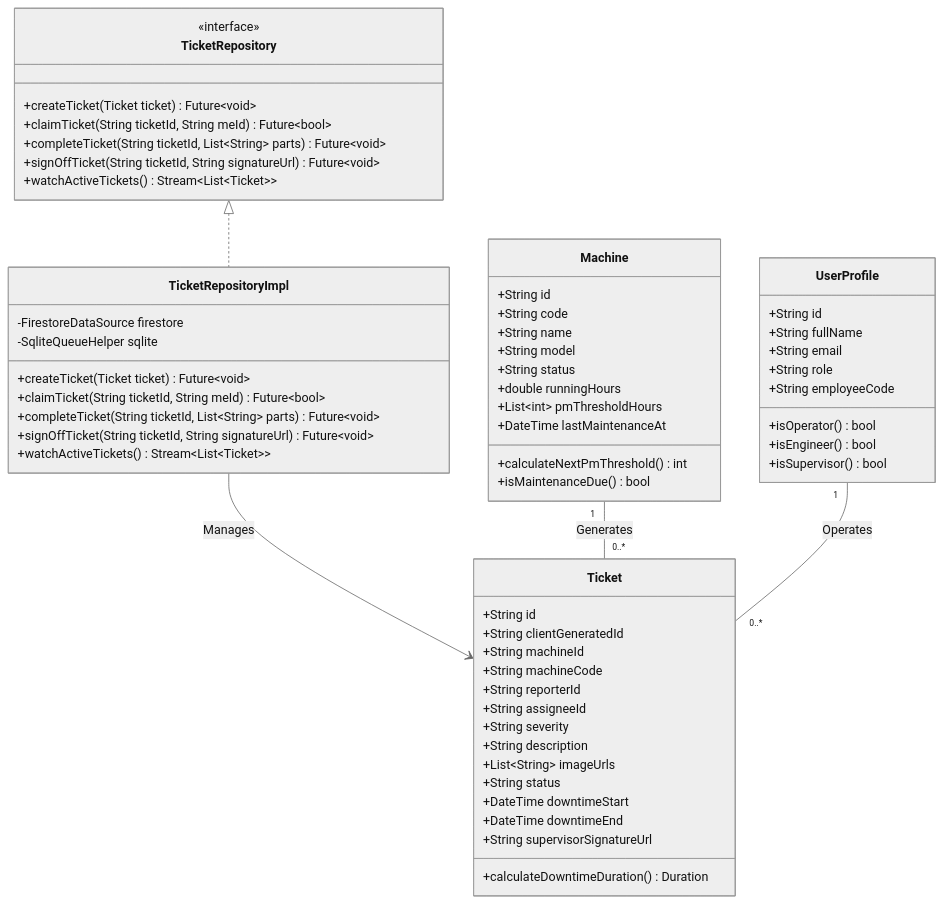
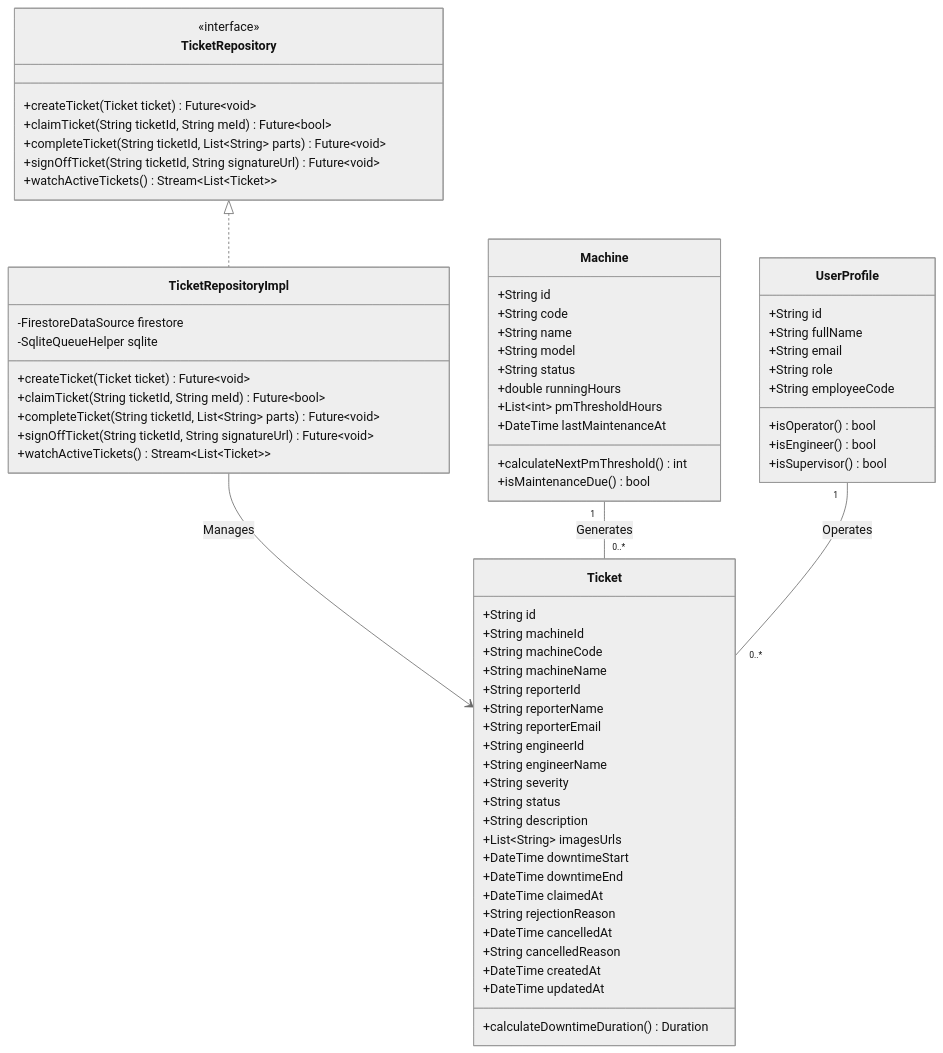
The third of 4 diagrams in BAO_CAO_BTL_ASSETTRACK.md (pvduy23052005/cse441-mobile-asset-track), drawn with Mermaid (neutral theme) before and after one commit. The commit also changed other lines of this file and 4 other files, not shown here.

````diff
--- a/BAO_CAO_BTL_ASSETTRACK.md
+++ b/BAO_CAO_BTL_ASSETTRACK.md
@@ -181,67 +235,75 @@
 ```mermaid
 classDiagram
     class UserProfile {
         +String id
         +String fullName
         +String email
         +String role
         +String employeeCode
         +isOperator() bool
         +isEngineer() bool
         +isSupervisor() bool
     }
 
     class Machine {
         +String id
         +String code
         +String name
         +String model
         +String status
         +double runningHours
         +List~int~ pmThresholdHours
         +DateTime lastMaintenanceAt
         +calculateNextPmThreshold() int
         +isMaintenanceDue() bool
     }
 
     class Ticket {
         +String id
-        +String clientGeneratedId
         +String machineId
         +String machineCode
+        +String machineName
         +String reporterId
-        +String assigneeId
+        +String reporterName
+        +String reporterEmail
+        +String engineerId
+        +String engineerName
         +String severity
+        +String status
         +String description
-        +List~String~ imageUrls
-        +String status
+        +List~String~ imagesUrls
         +DateTime downtimeStart
         +DateTime downtimeEnd
-        +String supervisorSignatureUrl
+        +DateTime claimedAt
+        +String rejectionReason
+        +DateTime cancelledAt
+        +String cancelledReason
+        +DateTime createdAt
+        +DateTime updatedAt
         +calculateDowntimeDuration() Duration
     }
 
     class TicketRepository {
         <<interface>>
         +createTicket(Ticket ticket) Future~void~
         +claimTicket(String ticketId, String meId) Future~bool~
         +completeTicket(String ticketId, List~String~ parts) Future~void~
         +signOffTicket(String ticketId, String signatureUrl) Future~void~
         +watchActiveTickets() Stream~List~Ticket~~
     }
 
     class TicketRepositoryImpl {
         -FirestoreDataSource firestore
         -SqliteQueueHelper sqlite
         +createTicket(Ticket ticket) Future~void~
         +claimTicket(String ticketId, String meId) Future~bool~
         +completeTicket(String ticketId, List~String~ parts) Future~void~
         +signOffTicket(String ticketId, String signatureUrl) Future~void~
         +watchActiveTickets() Stream~List~Ticket~~
     }
 
     TicketRepository <|.. TicketRepositoryImpl
     TicketRepositoryImpl --> Ticket : Manages
     Machine "1" -- "0..*" Ticket : Generates
     UserProfile "1" -- "0..*" Ticket : Operates
 ```
````
